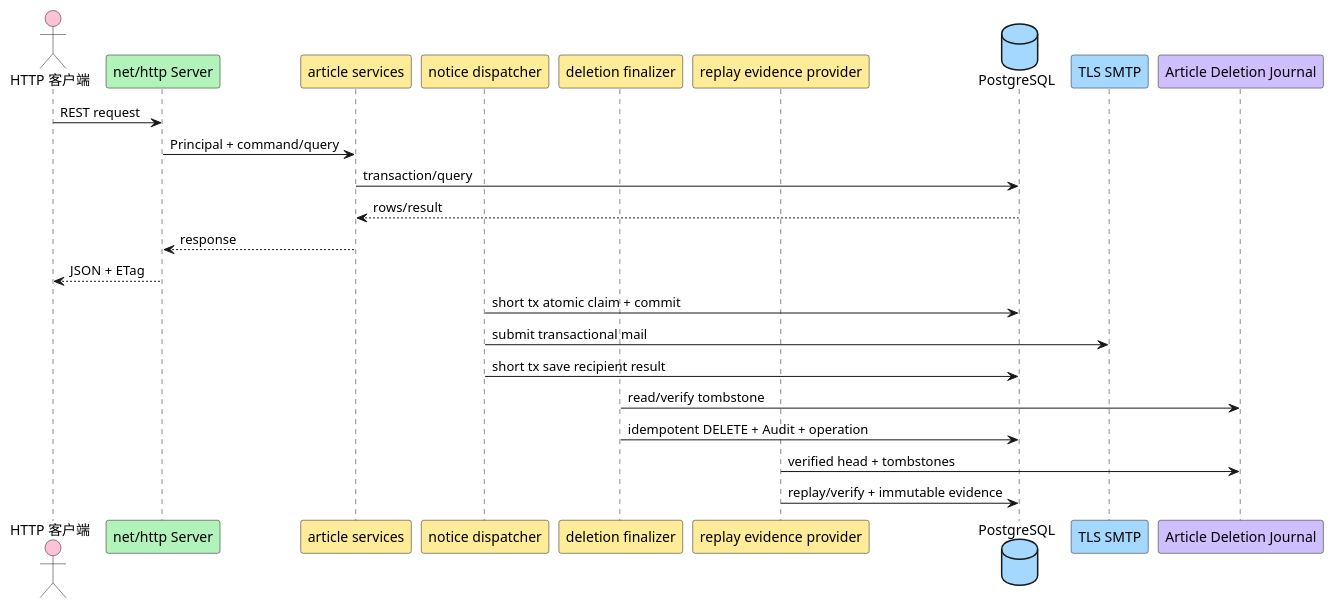
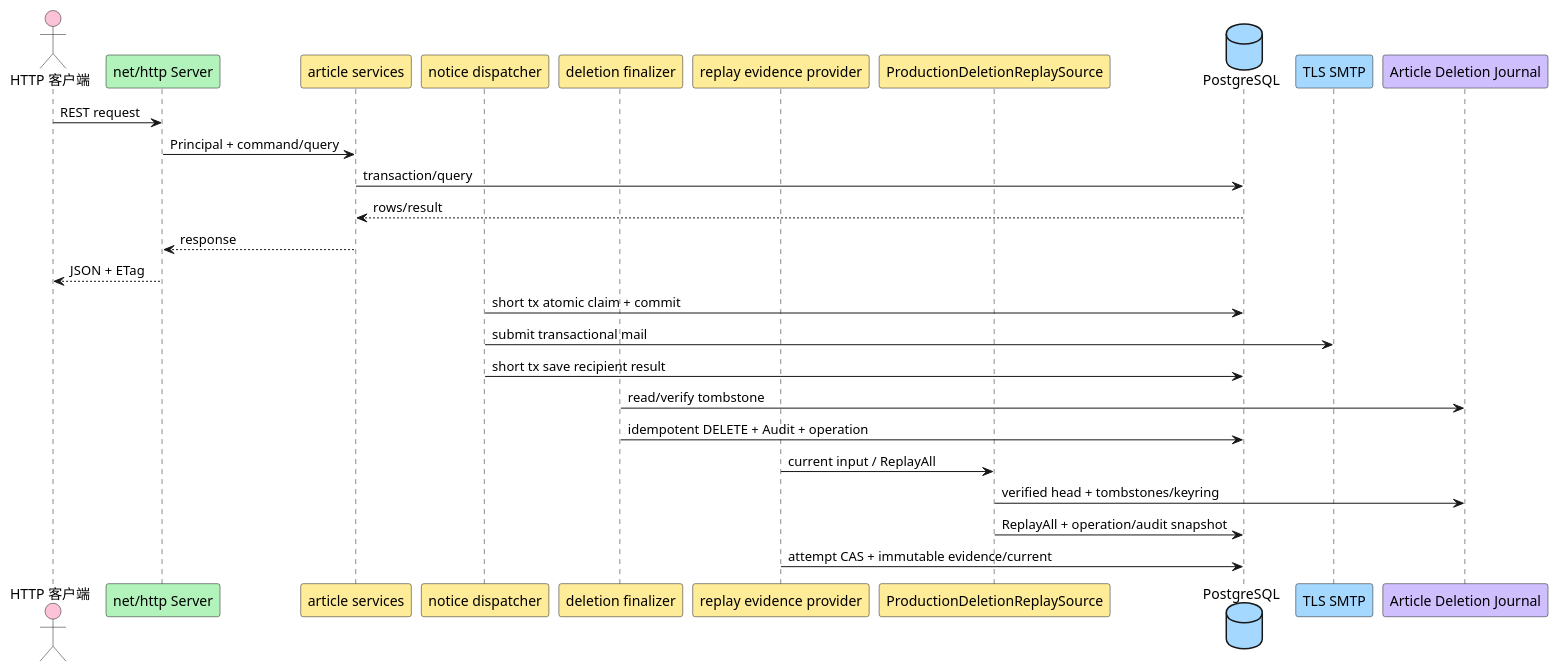
Before and after one commit to jianghua-hub-ai/han: the sixth of 28 diagrams in .add/project/knowledge/design-workspace/article-management/design.md, drawn with PlantUML. The commit also changed other lines of this file and 26 other files, not shown here.

````diff
--- a/.add/project/knowledge/design-workspace/article-management/design.md
+++ b/.add/project/knowledge/design-workspace/article-management/design.md
@@ -500,28 +622,31 @@
 ```plantuml
 @startuml
 skinparam shadowing false
 skinparam defaultFontName "Microsoft YaHei"
 actor "HTTP 客户端" as client #fcc2d7
 participant "net/http Server" as http #b2f2bb
 participant "article services" as article #ffec99
 participant "notice dispatcher" as worker #ffec99
 participant "deletion finalizer" as finalizer #ffec99
 participant "replay evidence provider" as replay #ffec99
+participant "ProductionDeletionReplaySource" as replaySource #ffec99
 database "PostgreSQL" as db #a5d8ff
 participant "TLS SMTP" as smtp #a5d8ff
 participant "Article Deletion Journal" as deletionJournal #d0bfff
 client -> http : REST request
 http -> article : Principal + command/query
 article -> db : transaction/query
 db --> article : rows/result
 article --> http : response
 http --> client : JSON + ETag
 worker -> db : short tx atomic claim + commit
 worker -> smtp : submit transactional mail
 worker -> db : short tx save recipient result
 finalizer -> deletionJournal : read/verify tombstone
 finalizer -> db : idempotent DELETE + Audit + operation
-replay -> deletionJournal : verified head + tombstones
-replay -> db : replay/verify + immutable evidence
+replay -> replaySource : current input / ReplayAll
+replaySource -> deletionJournal : verified head + tombstones/keyring
+replaySource -> db : ReplayAll + operation/audit snapshot
+replay -> db : attempt CAS + immutable evidence/current
 @enduml
 ```
````
